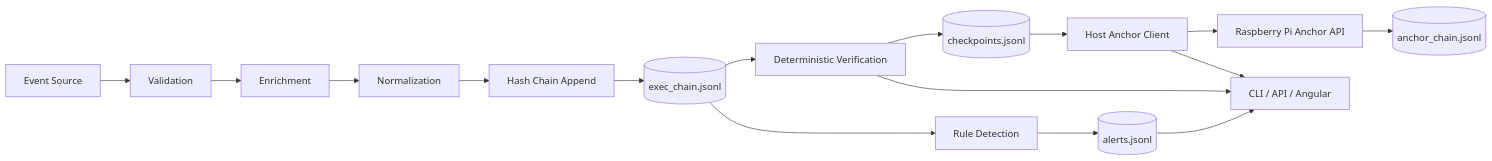
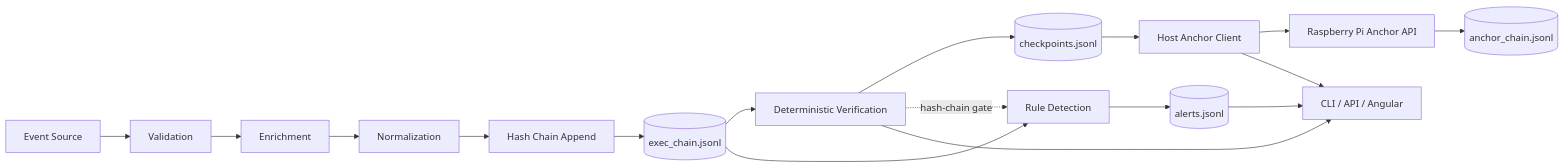
The third of 3 diagrams in docs/ARCHITECTURE.md (parthrohit22/kalyx), drawn with Mermaid before and after one commit. The commit also changed other lines of this file and 12 other files, not shown here.

````diff
--- a/docs/ARCHITECTURE.md
+++ b/docs/ARCHITECTURE.md
@@ -287,18 +284,19 @@
 ```mermaid
 flowchart LR
     Source[Event Source] --> Validation[Validation]
     Validation --> Enrichment[Enrichment]
     Enrichment --> Normalize[Normalization]
     Normalize --> Chain[Hash Chain Append]
     Chain --> Ledger[(exec_chain.jsonl)]
     Ledger --> Verify[Deterministic Verification]
     Verify --> Checkpoint[(checkpoints.jsonl)]
     Checkpoint --> AnchorClient[Host Anchor Client]
     AnchorClient --> PiAnchor[Raspberry Pi Anchor API]
     PiAnchor --> AnchorChain[(anchor_chain.jsonl)]
     Ledger --> Detect[Rule Detection]
+    Verify -. hash-chain gate .-> Detect
     Detect --> Alerts[(alerts.jsonl)]
     Verify --> Interfaces[CLI / API / Angular]
     AnchorClient --> Interfaces
     Alerts --> Interfaces
 ```
````
